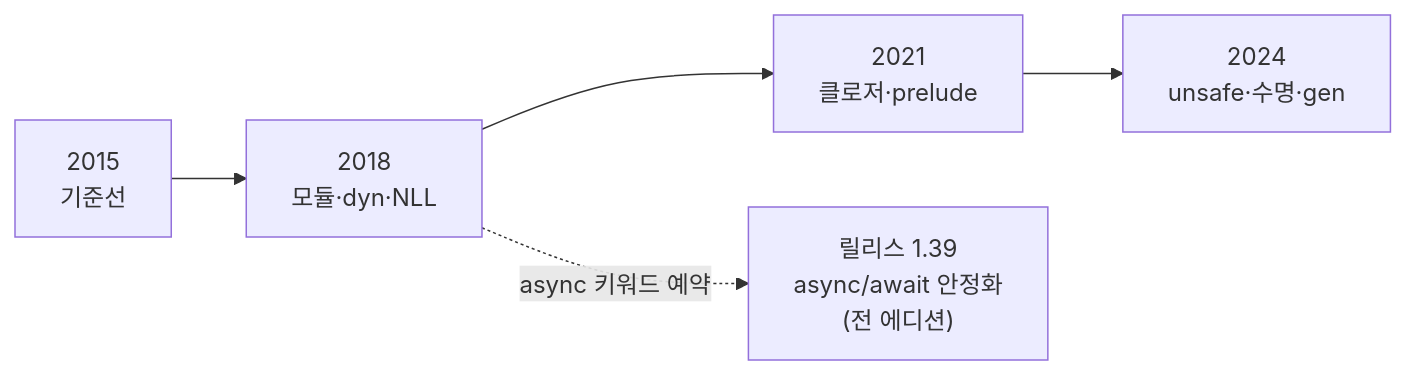
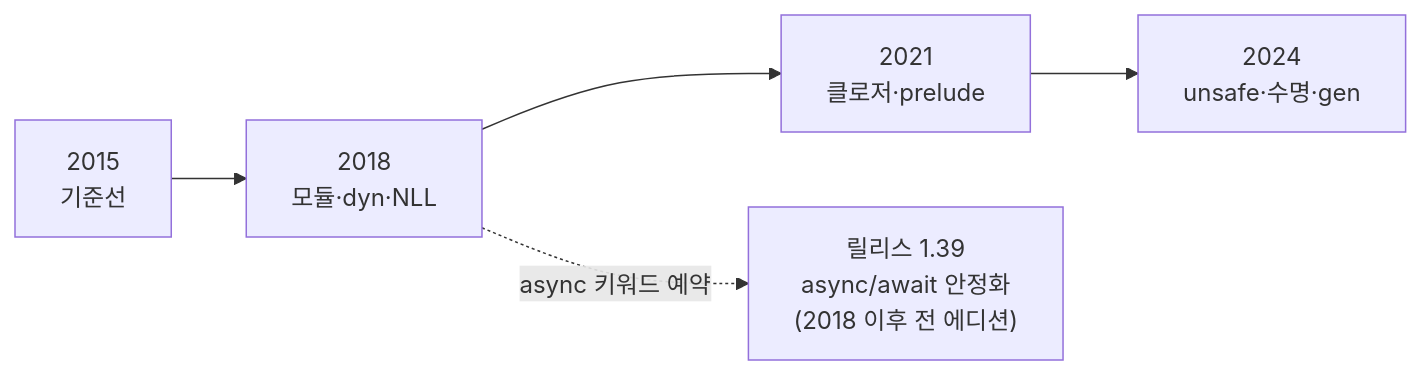
The second of 2 diagrams in 02-에디션.md (junhyeong9812/rust-history), drawn with Mermaid before and after one commit. The commit also changed other lines of this file and 2 other files, not shown here.

Commit message:
docs: 저장 아티팩트 제거와 시기·에디션 표기 정합
- 06편 끝에 붙어 있던 `</content>`·`</invoke>` 두 줄을 삭제했다.
  문서 내용이 아니라 저장 과정의 흔적이다.
- 06편 §4의 「까지 않고 버리면」을 `#[must_use]`의 실제 경고 조건에 맞춰
  「쓰지 않고 버리면」으로 고쳤다.
- 03편의 lexical 단계 시기가 세 곳에서 달랐다(~2018 / ~2015 / 1.0 ~ 2018).
  mermaid 노드가 시작 연도를 끝 자리에 적은 것이라 「2015~2018」로 고쳐
  세 자리를 끝=2018로 수렴시켰다. 1.31(2018 에디션 기본) · 1.36(2015
  에디션 적용) · 1.63(구 검사기 제거)이 서로 다른 사건임을 릴리스 공지로
  확인했다.
- 02편의 「1.39에서 모든 에디션에 동시에」와 mermaid 「(전 에디션)」에
  「2018 이후」를 붙였다. 2015 에디션은 `async fn`을 허용하지 않는다
  (E0670, Reference의 FunctionQualifiers 각주). 같은 파일의 일반론
  두 문장은 대다수 기능에 대해 참이므로 한정을 붙이지 않았다.

````diff
--- a/02-에디션.md
+++ b/02-에디션.md
@@ -309,7 +309,7 @@
 ```mermaid
 flowchart LR
     E15["2015<br/>기준선"] --> E18["2018<br/>모듈·dyn·NLL"]
     E18 --> E21["2021<br/>클로저·prelude"]
     E21 --> E24["2024<br/>unsafe·수명·gen"]
-    E18 -.async 키워드 예약.-> R39["릴리스 1.39<br/>async/await 안정화<br/>(전 에디션)"]
+    E18 -.async 키워드 예약.-> R39["릴리스 1.39<br/>async/await 안정화<br/>(2018 이후 전 에디션)"]
 ```
````
